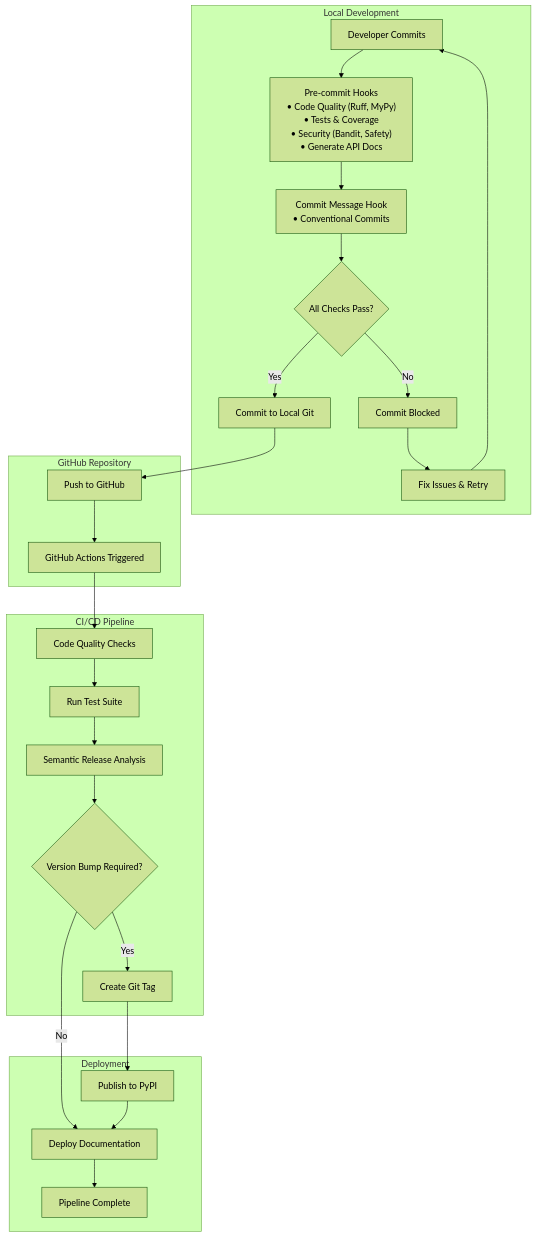
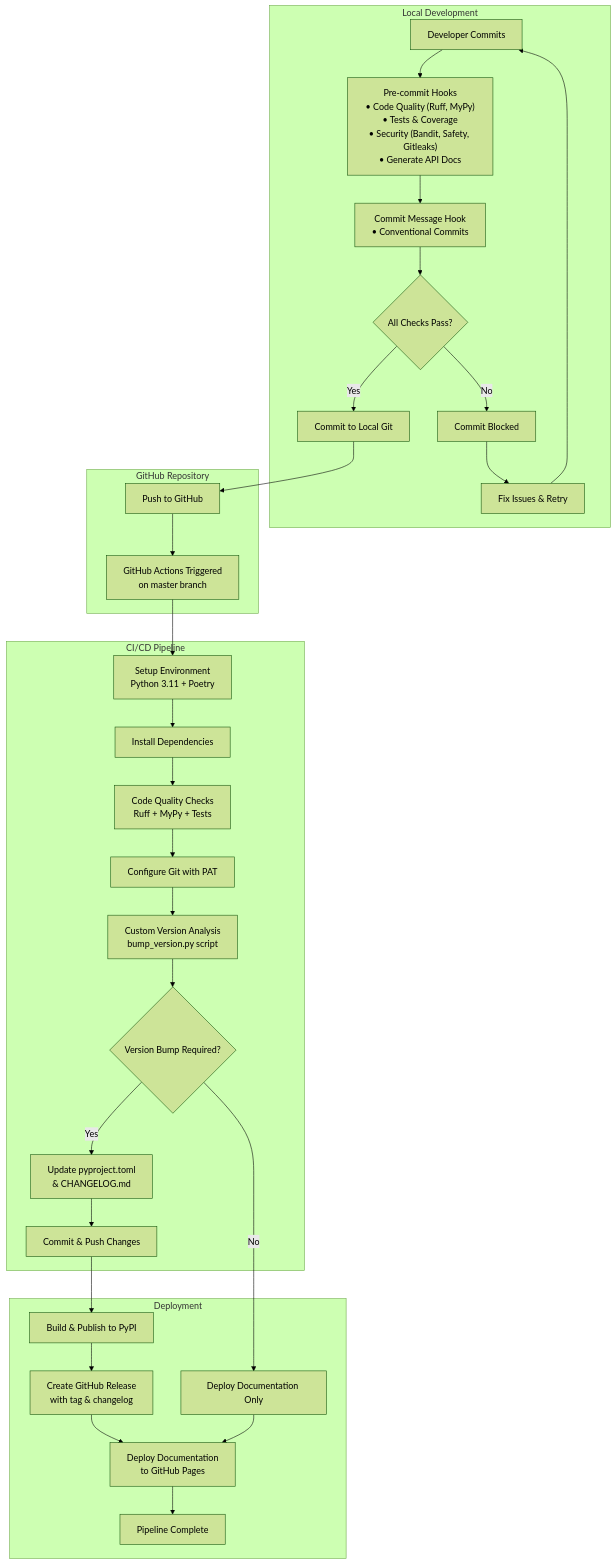
The diagram in docs/development/ci-cd.md (nilskujath/onesecondtrader), drawn with Mermaid (forest theme) before and after one commit. The commit also changed other lines of this file, not shown here.

Commit message:
docs: updated cicd pipeline documentation

````diff
--- a/docs/development/ci-cd.md
+++ b/docs/development/ci-cd.md
@@ -10,54 +10,65 @@
 ```mermaid
 graph TD
-    A[Developer Commits] --> B["Pre-commit Hooks<br/>• Code Quality (Ruff, MyPy)<br/>• Tests & Coverage<br/>• Security (Bandit, Safety)<br/>• Generate API Docs"]
+    A[Developer Commits] --> B["Pre-commit Hooks<br/>• Code Quality (Ruff, MyPy)<br/>• Tests & Coverage<br/>• Security (Bandit, Safety, Gitleaks)<br/>• Generate API Docs"]
     B --> B2["Commit Message Hook<br/>• Conventional Commits"]
     B2 --> C{All Checks Pass?}
     C -->|No| D[Commit Blocked]
     C -->|Yes| E[Commit to Local Git]
     E --> F[Push to GitHub]
-    F --> G[GitHub Actions Triggered]
-    
-    G --> H[Code Quality Checks]
-    H --> I[Run Test Suite]
-    I --> K[Semantic Release Analysis]
-    
-    K --> L{Version Bump Required?}
-    L -->|Yes| M[Create Git Tag]
-    L -->|No| P[Deploy Documentation]
-    
-    M --> O[Publish to PyPI]
-    O --> P[Deploy Documentation]
-    P --> Q[Pipeline Complete]
-    
-    D --> R[Fix Issues & Retry]
-    R --> A
-    
+    F --> G[GitHub Actions Triggered<br/>on master branch]
+
+    G --> H[Setup Environment<br/>Python 3.11 + Poetry]
+    H --> I[Install Dependencies]
+    I --> J[Code Quality Checks<br/>Ruff + MyPy + Tests]
+    J --> K[Configure Git with PAT]
+    K --> L[Custom Version Analysis<br/>bump_version.py script]
+
+    L --> M{Version Bump Required?}
+    M -->|Yes| N[Update pyproject.toml<br/>& CHANGELOG.md]
+    M -->|No| S[Deploy Documentation Only]
+
+    N --> O[Commit & Push Changes]
+    O --> P[Build & Publish to PyPI]
+    P --> Q[Create GitHub Release<br/>with tag & changelog]
+    Q --> R[Deploy Documentation<br/>to GitHub Pages]
+    R --> T[Pipeline Complete]
+
+    S --> R
+
+    D --> U[Fix Issues & Retry]
+    U --> A
+
     subgraph "Local Development"
         A
         B
         B2
         C
         D
         E
-        R
+        U
     end
-    
+
     subgraph "GitHub Repository"
         F
         G
     end
-    
+
     subgraph "CI/CD Pipeline"
         H
         I
+        J
         K
         L
         M
+        N
+        O
     end
-    
+
     subgraph "Deployment"
-        O
         P
         Q
+        R
+        S
+        T
     end
 ```
````
